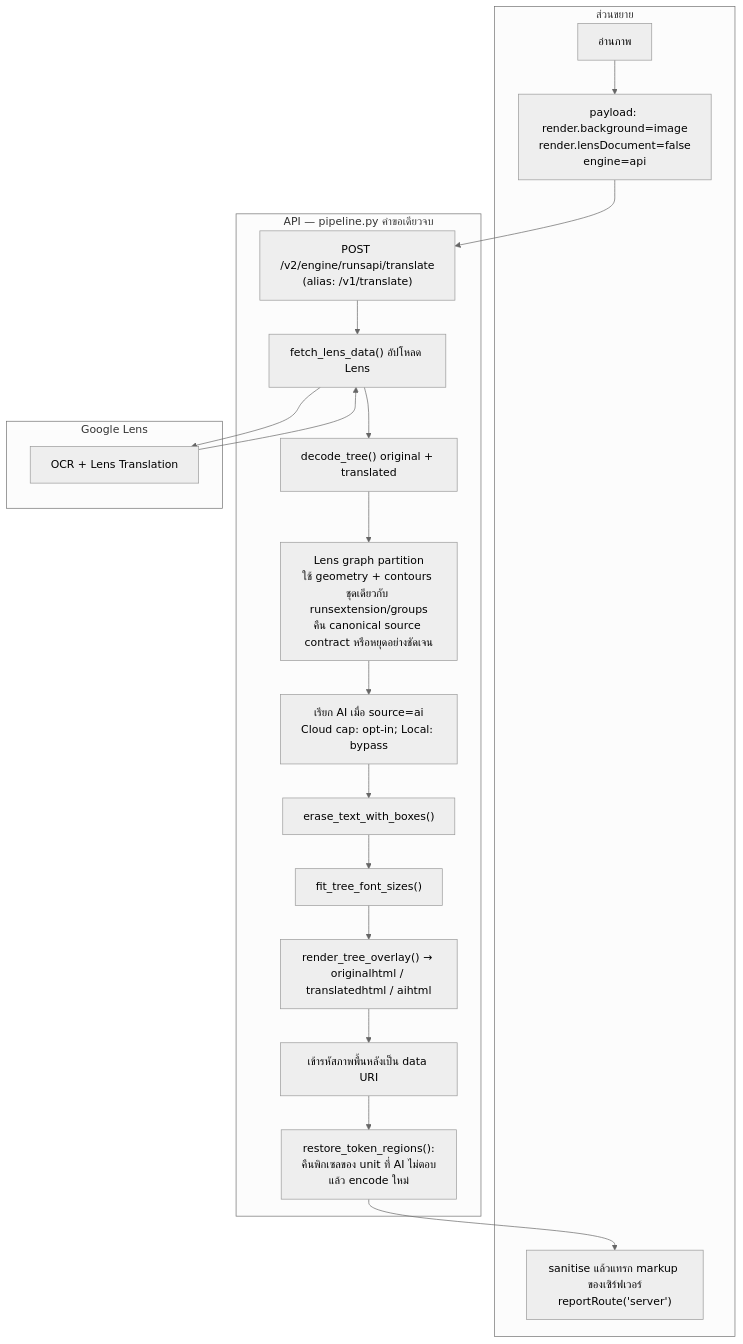
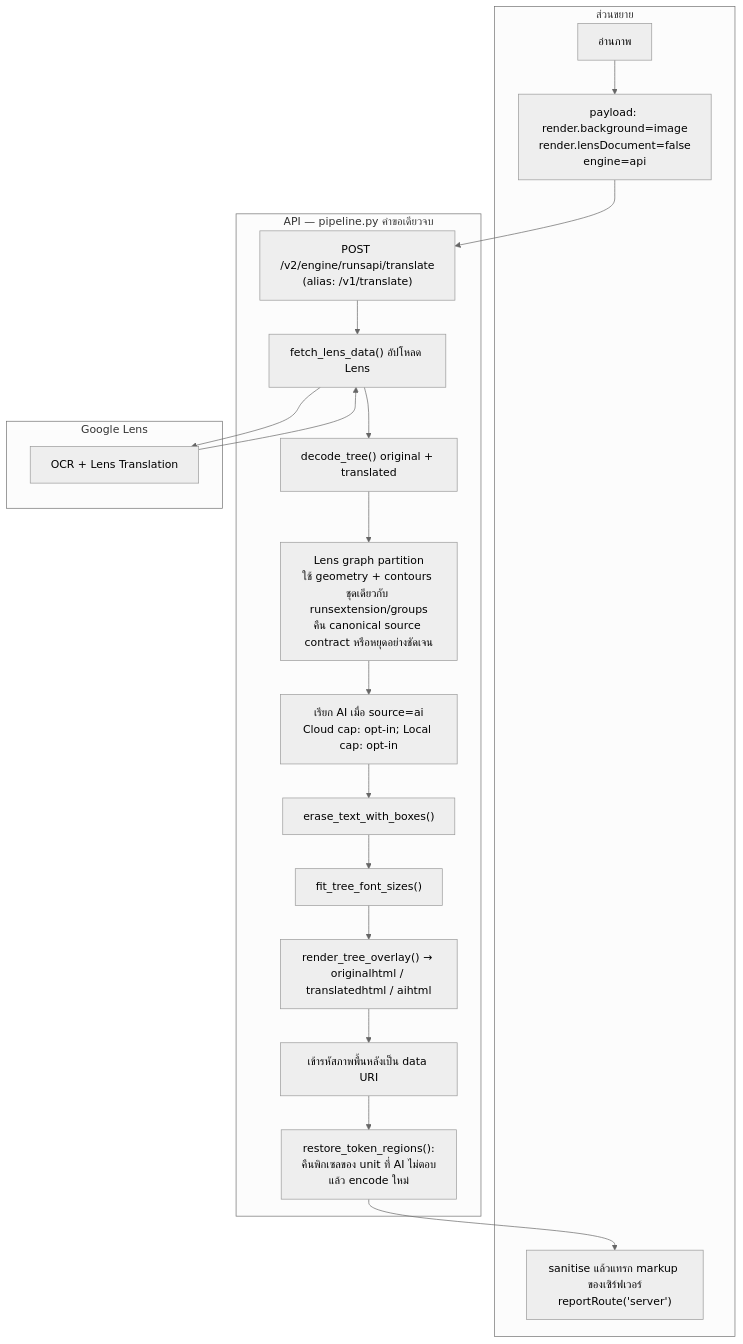
One commit to Kuju29/TextPhantomOCR_Overlay changed the fourth of 4 diagrams in api/README.md. Above: the diagram before and after it, drawn with Mermaid (neutral theme). The commit also changed other lines of this file and 390 other files, not shown here.

````diff
--- a/api/README.md
+++ b/api/README.md
@@ -1147,41 +2264,41 @@
 ```mermaid
 flowchart TD
 
 subgraph EXT["ส่วนขยาย"]
     A["อ่านภาพ"]
     PAY["payload: render.background=image<br/>render.lensDocument=false<br/>engine=api"]
     INS["sanitise แล้วแทรก markup ของเซิร์ฟเวอร์<br/>reportRoute('server')"]
 end
 
 subgraph API["API — pipeline.py คำขอเดียวจบ"]
     V1["POST /v2/engine/runsapi/translate<br/>(alias: /v1/translate)"]
     L["fetch_lens_data() อัปโหลด Lens"]
     TREE["decode_tree() original + translated"]
     GRAPH["Lens graph partition<br/>ใช้ geometry + contours ชุดเดียวกับ runsextension/groups<br/>คืน canonical source contract หรือหยุดอย่างชัดเจน"]
-    AICALL["เรียก AI เมื่อ source=ai<br/>Cloud cap: opt-in; Local: bypass"]
+    AICALL["เรียก AI เมื่อ source=ai<br/>Cloud cap: opt-in; Local cap: opt-in"]
     ER["erase_text_with_boxes()"]
     RESTORE["restore_token_regions():<br/>คืนพิกเซลของ unit ที่ AI ไม่ตอบ<br/>แล้ว encode ใหม่"]
     FIT["fit_tree_font_sizes()"]
     RENDER["render_tree_overlay() → originalhtml / translatedhtml / aihtml"]
     PNG["เข้ารหัสภาพพื้นหลังเป็น data URI"]
 end
 
 subgraph LENS["Google Lens"]
     C["OCR + Lens Translation"]
 end
 
 A --> PAY
 PAY --> V1
 V1 --> L
 L --> C
 C --> L
 L --> TREE
 TREE --> GRAPH
 GRAPH --> AICALL
 AICALL --> ER
 ER --> FIT
 FIT --> RENDER
 RENDER --> PNG
 PNG --> RESTORE
 RESTORE --> INS
 ```
````
